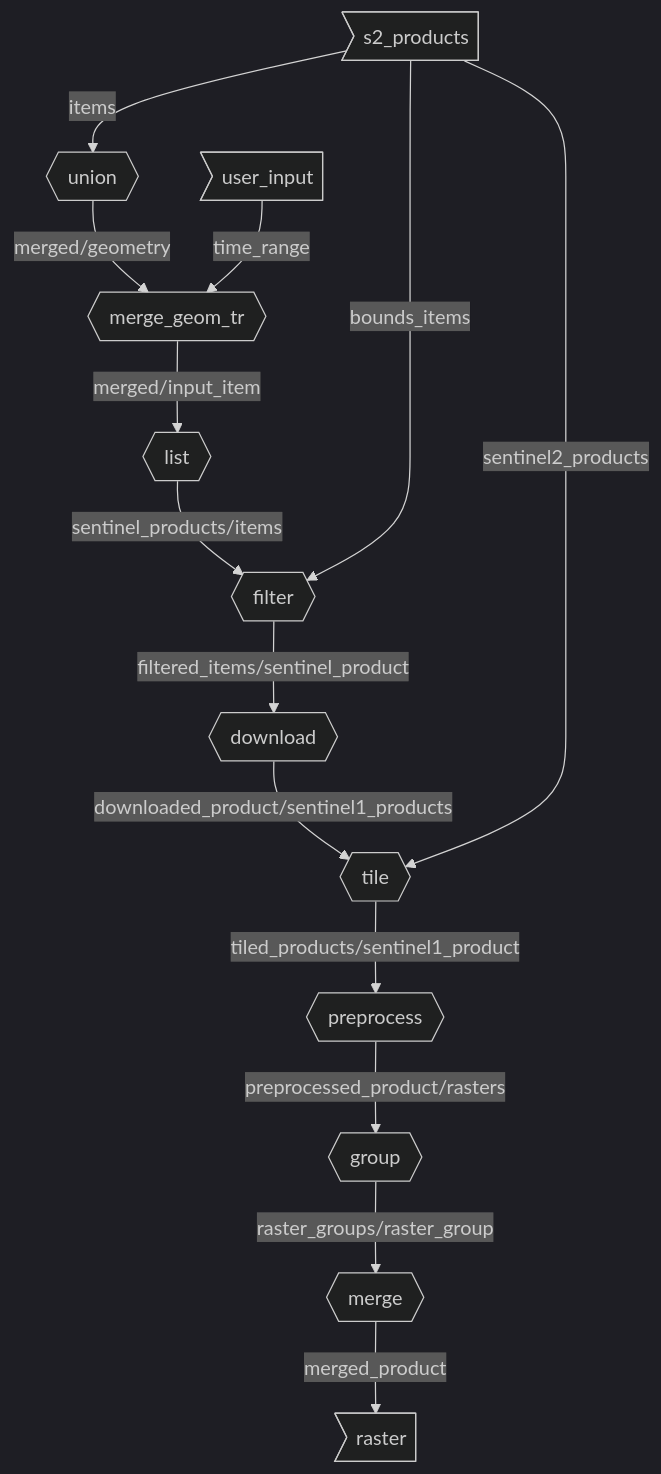
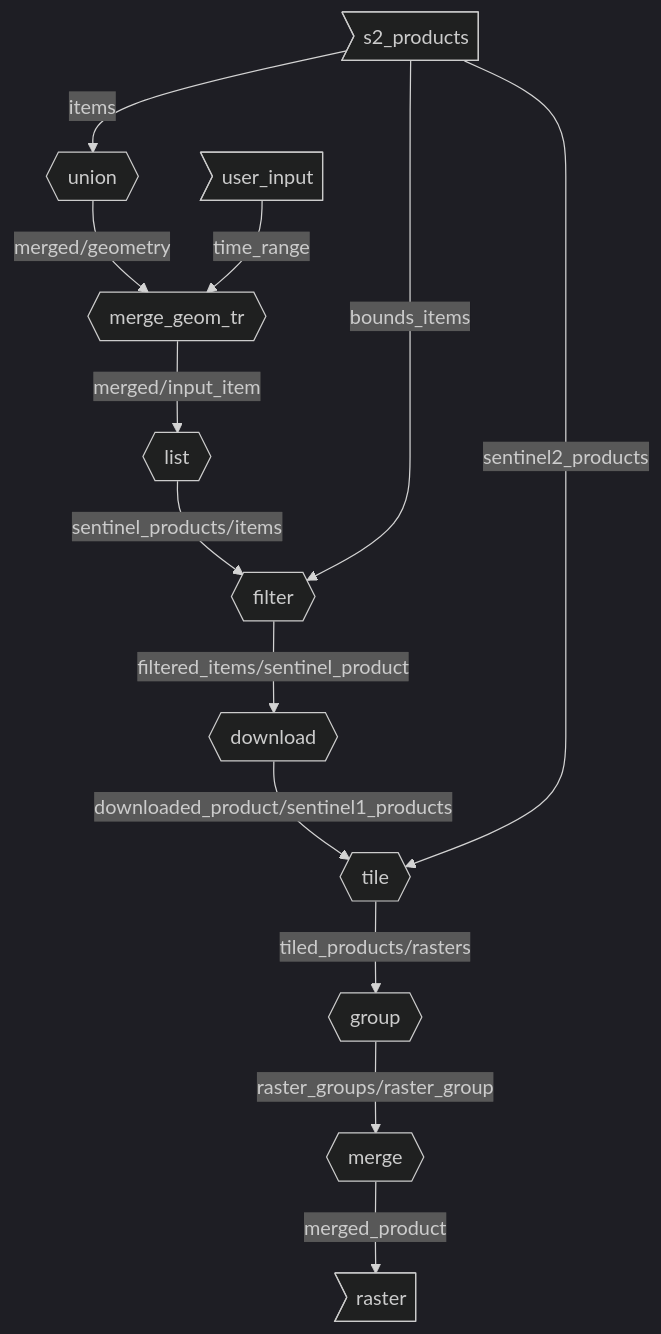
One commit to microsoft/farmvibes-ai changed the diagram in docs/source/docfiles/markdown/workflow_yaml/data_ingestion/sentinel1/preprocess_s1.md. Above: the diagram before and after it, drawn with Mermaid (dark theme). The commit also changed other lines of this file and 152 other files, not shown here.

````diff
--- a/docs/source/docfiles/markdown/workflow_yaml/data_ingestion/sentinel1/preprocess_s1.md
+++ b/docs/source/docfiles/markdown/workflow_yaml/data_ingestion/sentinel1/preprocess_s1.md
@@ -86,28 +5,26 @@
 ```{mermaid}
     graph TD
     inp1>user_input]
     inp2>s2_products]
     out1>raster]
     tsk1{{union}}
     tsk2{{merge_geom_tr}}
     tsk3{{list}}
     tsk4{{filter}}
     tsk5{{download}}
     tsk6{{tile}}
-    tsk7{{preprocess}}
-    tsk8{{group}}
-    tsk9{{merge}}
+    tsk7{{group}}
+    tsk8{{merge}}
     tsk1{{union}} -- merged/geometry --> tsk2{{merge_geom_tr}}
     tsk2{{merge_geom_tr}} -- merged/input_item --> tsk3{{list}}
     tsk3{{list}} -- sentinel_products/items --> tsk4{{filter}}
     tsk4{{filter}} -- filtered_items/sentinel_product --> tsk5{{download}}
     tsk5{{download}} -- downloaded_product/sentinel1_products --> tsk6{{tile}}
-    tsk6{{tile}} -- tiled_products/sentinel1_product --> tsk7{{preprocess}}
-    tsk7{{preprocess}} -- preprocessed_product/rasters --> tsk8{{group}}
-    tsk8{{group}} -- raster_groups/raster_group --> tsk9{{merge}}
+    tsk6{{tile}} -- tiled_products/rasters --> tsk7{{group}}
+    tsk7{{group}} -- raster_groups/raster_group --> tsk8{{merge}}
     inp1>user_input] -- time_range --> tsk2{{merge_geom_tr}}
     inp2>s2_products] -- items --> tsk1{{union}}
     inp2>s2_products] -- bounds_items --> tsk4{{filter}}
     inp2>s2_products] -- sentinel2_products --> tsk6{{tile}}
-    tsk9{{merge}} -- merged_product --> out1>raster]
+    tsk8{{merge}} -- merged_product --> out1>raster]
 ```
````
